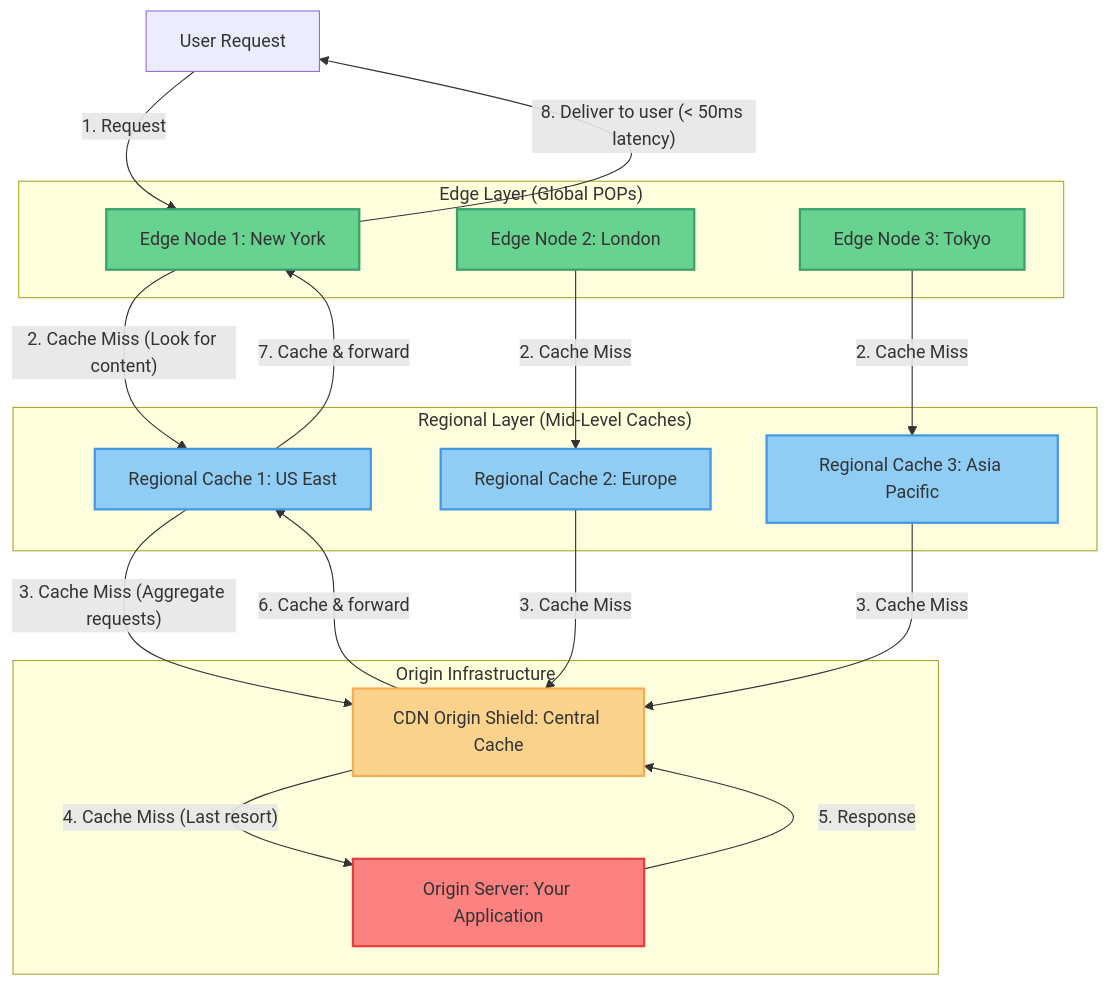
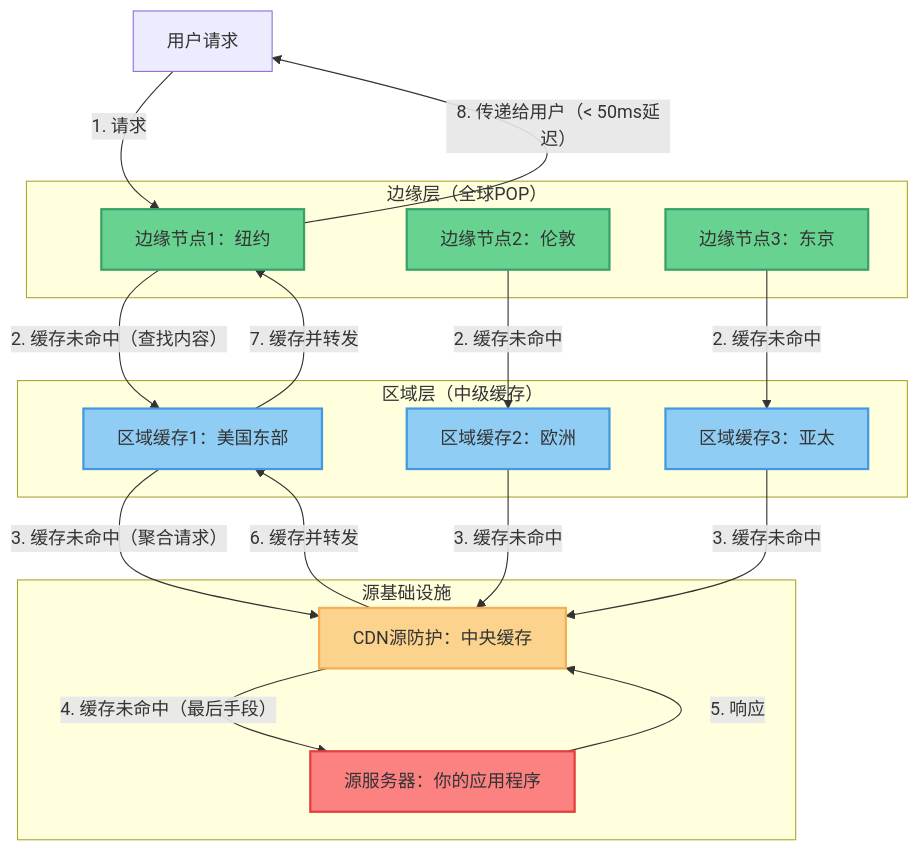
Before and after one commit to YiWang24/AiDIY: the third of 3 diagrams in i18n/zh-Hans/docusaurus-plugin-content-docs/current/cs/system-design/entry-layer.mdx, drawn with Mermaid. The commit also changed other lines of this file and 26 other files, not shown here.

````diff
--- a/i18n/zh-Hans/docusaurus-plugin-content-docs/current/cs/system-design/entry-layer.mdx
+++ b/i18n/zh-Hans/docusaurus-plugin-content-docs/current/cs/system-design/entry-layer.mdx
@@ -1276,46 +1276,46 @@
 ```mermaid
 graph TB
-    User[User Request]
+    User[用户请求]
 
-    subgraph Edge["Edge Layer (Global POPs)"]
-        Edge1["Edge Node 1: New York"]
-        Edge2["Edge Node 2: London"]
-        Edge3["Edge Node 3: Tokyo"]
+    subgraph Edge["边缘层（全球POP）"]
+        Edge1["边缘节点1：纽约"]
+        Edge2["边缘节点2：伦敦"]
+        Edge3["边缘节点3：东京"]
     end
 
-    subgraph Regional["Regional Layer (Mid-Level Caches)"]
-        Regional1["Regional Cache 1: US East"]
-        Regional2["Regional Cache 2: Europe"]
-        Regional3["Regional Cache 3: Asia Pacific"]
+    subgraph Regional["区域层（中级缓存）"]
+        Regional1["区域缓存1：美国东部"]
+        Regional2["区域缓存2：欧洲"]
+        Regional3["区域缓存3：亚太"]
     end
 
-    subgraph Origin["Origin Infrastructure"]
-        CDN["CDN Origin Shield: Central Cache"]
-        OriginServer["Origin Server: Your Application"]
+    subgraph Origin["源基础设施"]
+        CDN["CDN源防护：中央缓存"]
+        OriginServer["源服务器：你的应用程序"]
     end
 
-    User -->|"1. Request"| Edge1
+    User -->|"1. 请求"| Edge1
 
-    Edge1 -->|"2. Cache Miss (Look for content)"| Regional1
-    Edge2 -->|"2. Cache Miss"| Regional2
-    Edge3 -->|"2. Cache Miss"| Regional3
+    Edge1 -->|"2. 缓存未命中（查找内容）"| Regional1
+    Edge2 -->|"2. 缓存未命中"| Regional2
+    Edge3 -->|"2. 缓存未命中"| Regional3
 
-    Regional1 -->|"3. Cache Miss (Aggregate requests)"| CDN
-    Regional2 -->|"3. Cache Miss"| CDN
-    Regional3 -->|"3. Cache Miss"| CDN
+    Regional1 -->|"3. 缓存未命中（聚合请求）"| CDN
+    Regional2 -->|"3. 缓存未命中"| CDN
+    Regional3 -->|"3. 缓存未命中"| CDN
 
-    CDN -->|"4. Cache Miss (Last resort)"| OriginServer
-    OriginServer -->|"5. Response"| CDN
-    CDN -->|"6. Cache & forward"| Regional1
-    Regional1 -->|"7. Cache & forward"| Edge1
-    Edge1 -->|"8. Deliver to user (< 50ms latency)"| User
+    CDN -->|"4. 缓存未命中（最后手段）"| OriginServer
+    OriginServer -->|"5. 响应"| CDN
+    CDN -->|"6. 缓存并转发"| Regional1
+    Regional1 -->|"7. 缓存并转发"| Edge1
+    Edge1 -->|"8. 传递给用户（< 50ms延迟）"| User
 
     style Edge1 fill:#68d391,stroke:#38a169,stroke-width:2px
     style Edge2 fill:#68d391,stroke:#38a169,stroke-width:2px
     style Edge3 fill:#68d391,stroke:#38a169,stroke-width:2px
     style Regional1 fill:#90cdf4,stroke:#4299e1,stroke-width:2px
     style Regional2 fill:#90cdf4,stroke:#4299e1,stroke-width:2px
     style Regional3 fill:#90cdf4,stroke:#4299e1,stroke-width:2px
     style CDN fill:#fbd38d,stroke:#f6ad55,stroke-width:2px
     style OriginServer fill:#fc8181,stroke:#e53e3e,stroke-width:2px
 ```
````
